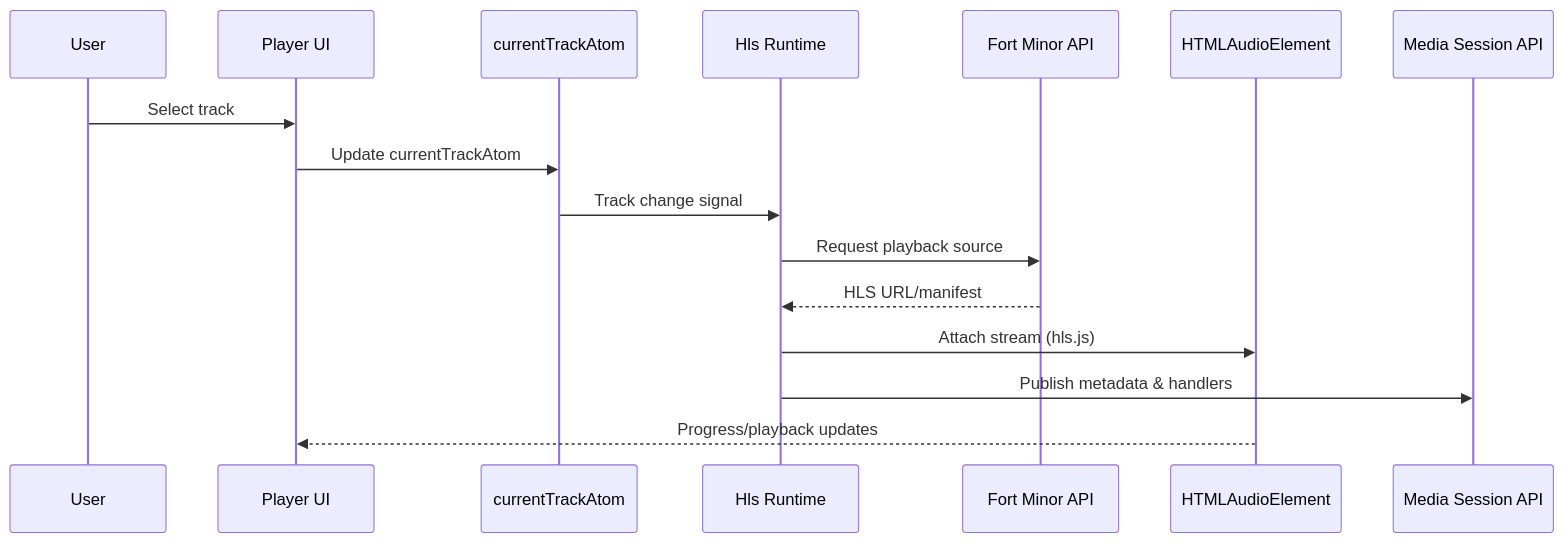
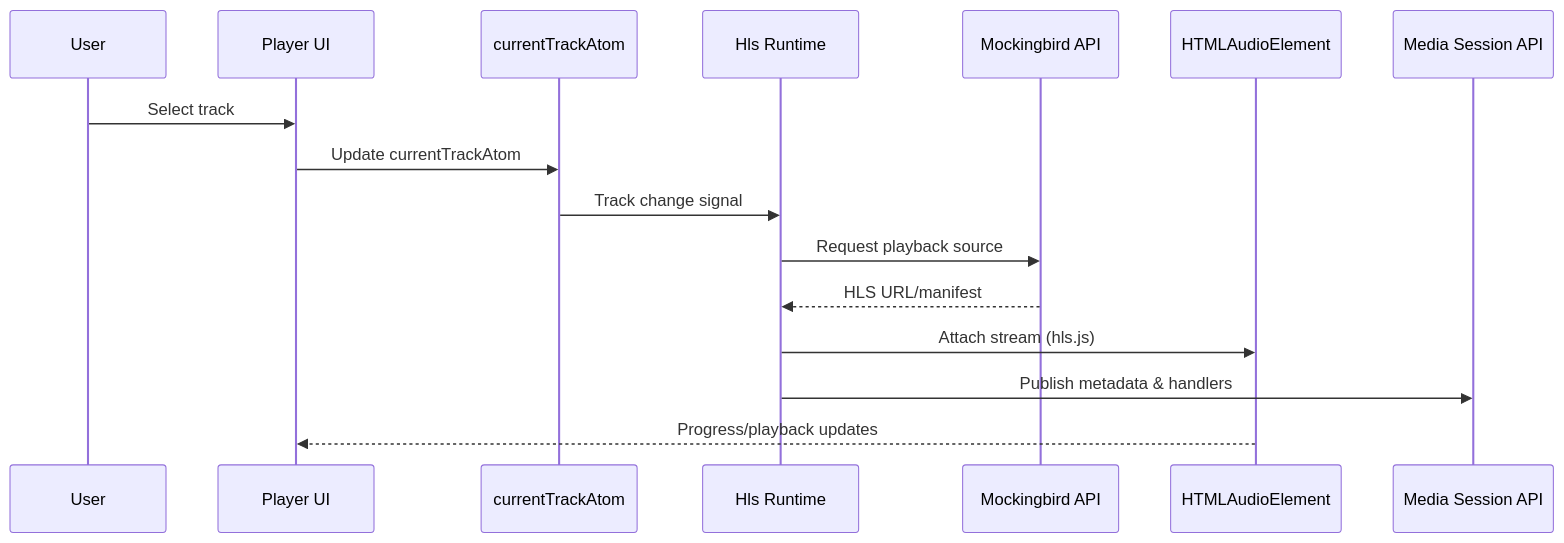
The sixth of 7 diagrams in README.md (neon-gate/pulse), drawn with Mermaid before and after one commit. The commit also changed other lines of this file and 265 other files, not shown here.

````diff
--- a/README.md
+++ b/README.md
@@ -228,19 +228,19 @@
 ```mermaid
 sequenceDiagram
   participant User as User
   participant UI as Player UI
   participant Atom as currentTrackAtom
   participant HLS as Hls Runtime
-  participant FM as Fort Minor API
+  participant FM as Mockingbird API
   participant Audio as HTMLAudioElement
   participant MS as Media Session API
 
   User->>UI: Select track
   UI->>Atom: Update currentTrackAtom
   Atom->>HLS: Track change signal
   HLS->>FM: Request playback source
   FM-->>HLS: HLS URL/manifest
   HLS->>Audio: Attach stream (hls.js)
   HLS->>MS: Publish metadata & handlers
   Audio-->>UI: Progress/playback updates
 ```
````
